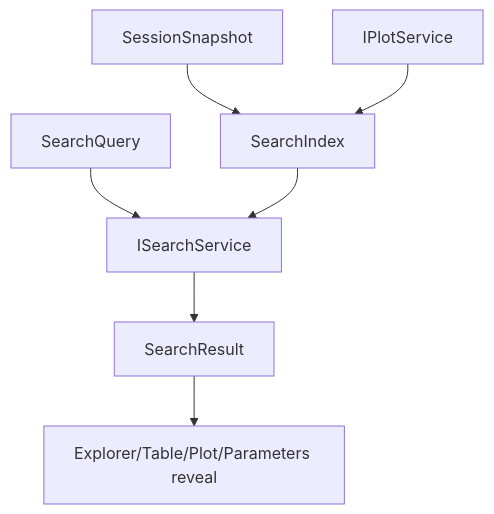
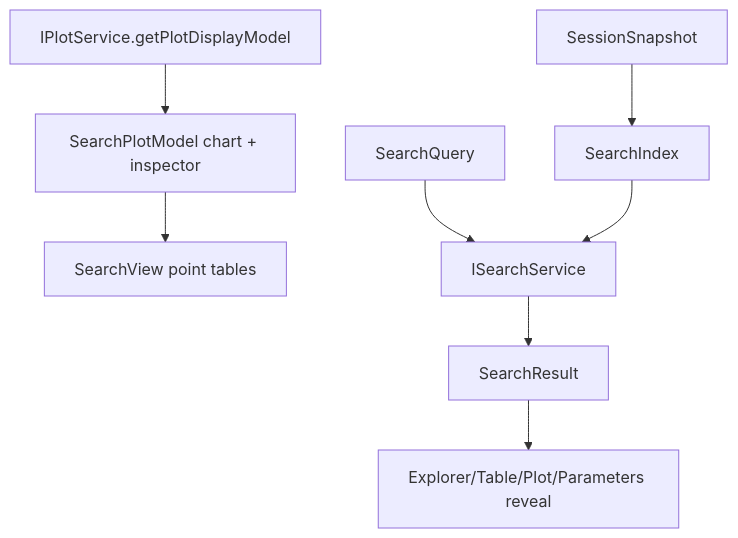
One commit to chogng/conductor changed the diagram in .github/instructions/search.instructions.md. Above: the diagram before and after it, drawn with Mermaid. The commit also changed other lines of this file and 15 other files, not shown here.

````diff
--- a/.github/instructions/search.instructions.md
+++ b/.github/instructions/search.instructions.md
@@ -63,9 +63,10 @@
 ```mermaid
 flowchart TD
     Session[SessionSnapshot] --> Index[SearchIndex]
-    Plot[IPlotService] --> Index
+    Plot[IPlotService.getPlotDisplayModel] --> SearchPlot[SearchPlotModel chart + inspector]
+    SearchPlot --> SearchView[SearchView point tables]
     Query[SearchQuery] --> Search[ISearchService]
     Index --> Search
     Search --> Results[SearchResult]
     Results --> Navigation[Explorer/Table/Plot/Parameters reveal]
 ```
````
